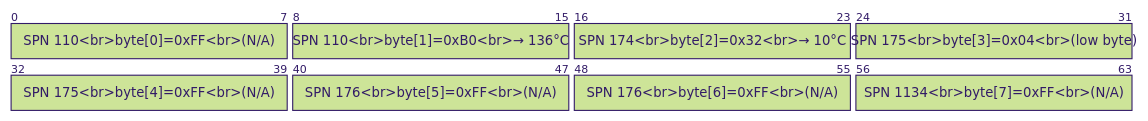
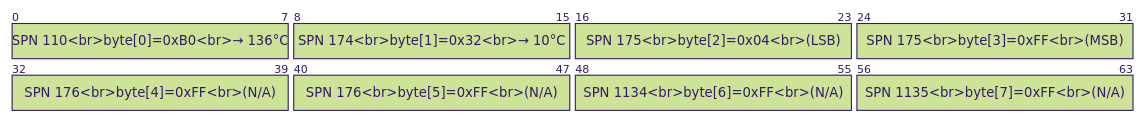
Before and after one commit to hobeen-kim/hobeen-kim.github.io: the third of 3 diagrams in docs/_study/isobus/09-j1939-message.md, drawn with Mermaid (forest theme). The commit also changed other lines of this file and 18 other files, not shown here.

````diff
--- a/docs/_study/isobus/09-j1939-message.md
+++ b/docs/_study/isobus/09-j1939-message.md
@@ -267,11 +273,11 @@
 ```mermaid
 packet-beta
-  0-7: "SPN 110<br>byte[0]=0xFF<br>(N/A)"
-  8-15: "SPN 110<br>byte[1]=0xB0<br>→ 136°C"
-  16-23: "SPN 174<br>byte[2]=0x32<br>→ 10°C"
-  24-31: "SPN 175<br>byte[3]=0x04<br>(low byte)"
-  32-39: "SPN 175<br>byte[4]=0xFF<br>(N/A)"
+  0-7: "SPN 110<br>byte[0]=0xB0<br>→ 136°C"
+  8-15: "SPN 174<br>byte[1]=0x32<br>→ 10°C"
+  16-23: "SPN 175<br>byte[2]=0x04<br>(LSB)"
+  24-31: "SPN 175<br>byte[3]=0xFF<br>(MSB)"
+  32-39: "SPN 176<br>byte[4]=0xFF<br>(N/A)"
   40-47: "SPN 176<br>byte[5]=0xFF<br>(N/A)"
-  48-55: "SPN 176<br>byte[6]=0xFF<br>(N/A)"
-  56-63: "SPN 1134<br>byte[7]=0xFF<br>(N/A)"
+  48-55: "SPN 1134<br>byte[6]=0xFF<br>(N/A)"
+  56-63: "SPN 1135<br>byte[7]=0xFF<br>(N/A)"
 ```
````
